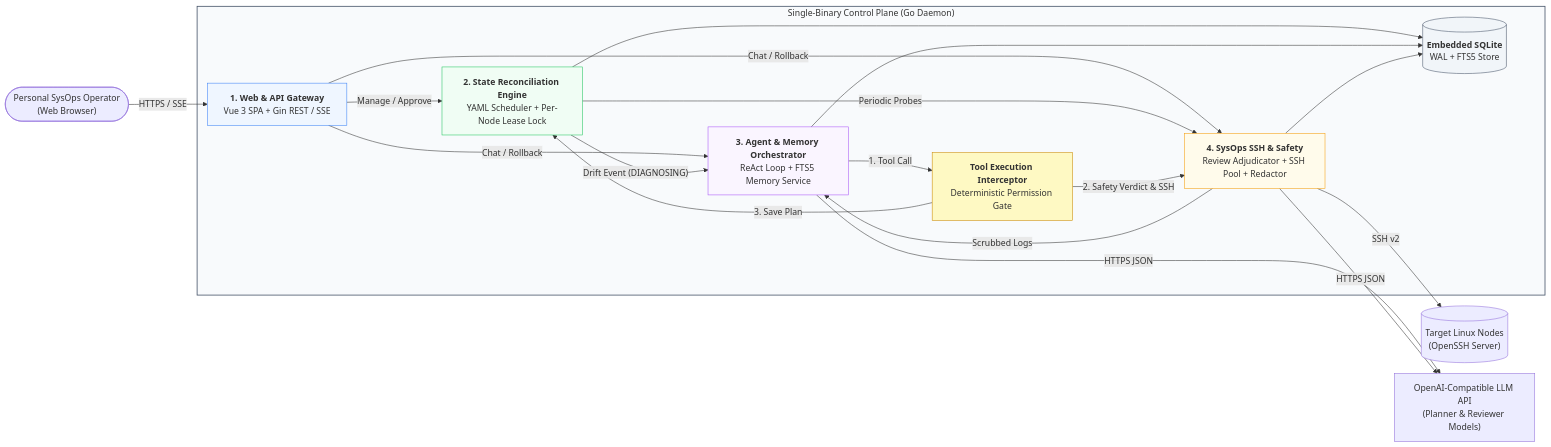
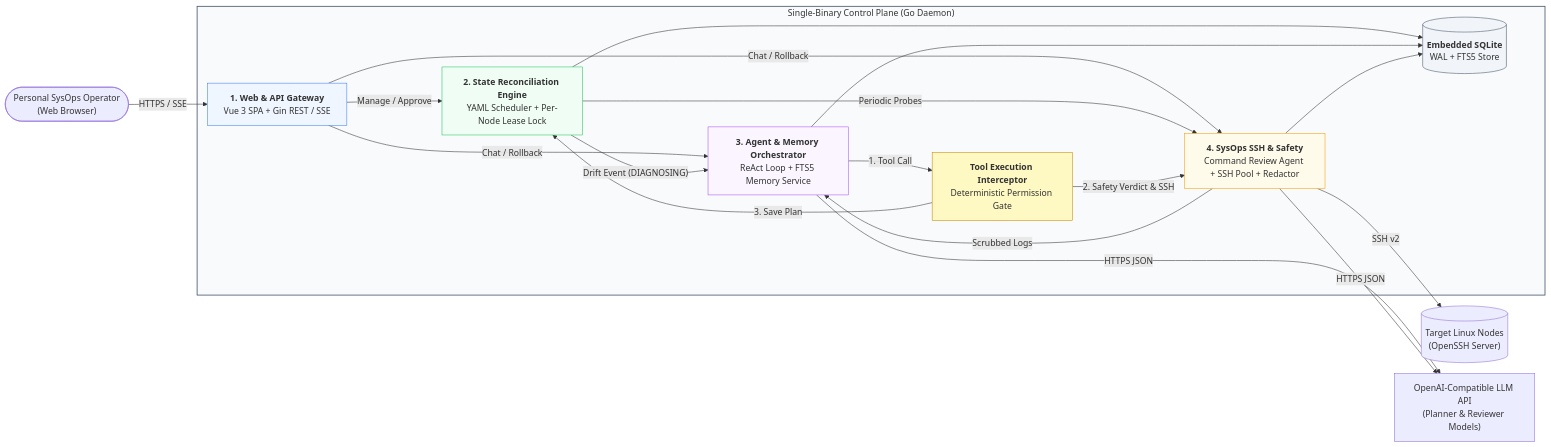
One commit to crane-fog/SAD-Proj changed the first of 15 diagrams in hw2/design.md. Above: the diagram before and after it, drawn with Mermaid. The commit also changed other lines of this file and 1 other file, not shown here.

````diff
--- a/hw2/design.md
+++ b/hw2/design.md
@@ -67,41 +67,41 @@
 ```mermaid
 %%{init: {'flowchart': {'nodeSpacing': 20, 'rankSpacing': 38, 'curve': 'basis'}}}%%
 flowchart LR
     Operator(["Personal SysOps Operator<br/>(Web Browser)"])
 
     subgraph ControlPlane ["Single-Binary Control Plane (Go Daemon)"]
         WebGW["<b>1. Web & API Gateway</b><br/>Vue 3 SPA + Gin REST / SSE"]
         Recon["<b>2. State Reconciliation Engine</b><br/>YAML Scheduler + Per-Node Lease Lock"]
         AgentOrch["<b>3. Agent & Memory Orchestrator</b><br/>ReAct Loop + FTS5 Memory Service"]
         Interceptor["<b>Tool Execution Interceptor</b><br/>Deterministic Permission Gate"]
-        SafetySSH["<b>4. SysOps SSH & Safety</b><br/>Review Adjudicator + SSH Pool + Redactor"]
+        SafetySSH["<b>4. SysOps SSH & Safety</b><br/>Command Review Agent + SSH Pool + Redactor"]
         SQLite[("<b>Embedded SQLite</b><br/>WAL + FTS5 Store")]
     end
 
     LinuxNode[("Target Linux Nodes<br/>(OpenSSH Server)")]
     LLMProvider["OpenAI-Compatible LLM API<br/>(Planner & Reviewer Models)"]
 
     Operator -- "HTTPS / SSE" --> WebGW
     WebGW -- "Manage / Approve" --> Recon
     WebGW -- "Chat / Rollback" --> AgentOrch & SafetySSH
 
     Recon -- "Drift Event (DIAGNOSING)" --> AgentOrch
     Recon -- "Periodic Probes" --> SafetySSH
 
     AgentOrch -- "1. Tool Call" --> Interceptor
     Interceptor -- "2. Safety Verdict & SSH" --> SafetySSH
     Interceptor -- "3. Save Plan" --> Recon
 
     SafetySSH -- "SSH v2" --> LinuxNode
     SafetySSH -- "Scrubbed Logs" --> AgentOrch
     AgentOrch & SafetySSH -- "HTTPS JSON" --> LLMProvider
     Recon & AgentOrch & SafetySSH --> SQLite
 
     style ControlPlane fill:#F8FAFC,stroke:#475569,stroke-width:1.5px
     style WebGW fill:#EFF6FF,stroke:#3B82F6
     style Recon fill:#F0FDF4,stroke:#22C55E
     style AgentOrch fill:#FAF5FF,stroke:#A855F7
     style Interceptor fill:#FEF9C3,stroke:#CA8A04
     style SafetySSH fill:#FFFBEB,stroke:#F59E0B
     style SQLite fill:#F1F5F9,stroke:#475569
 ```
````
